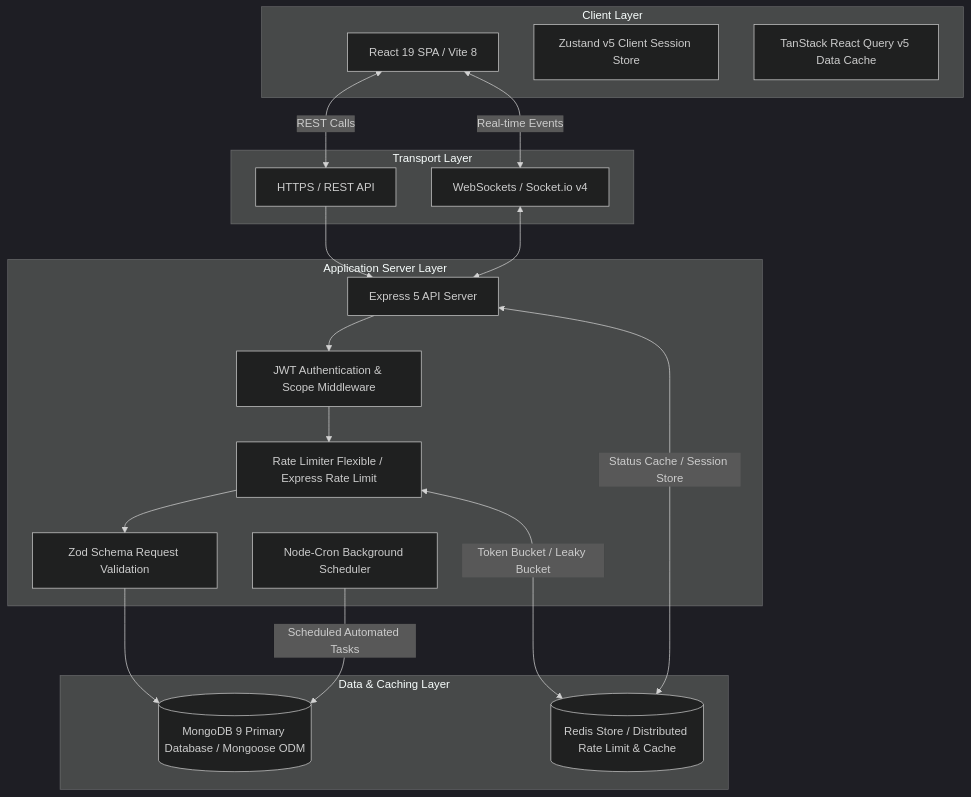
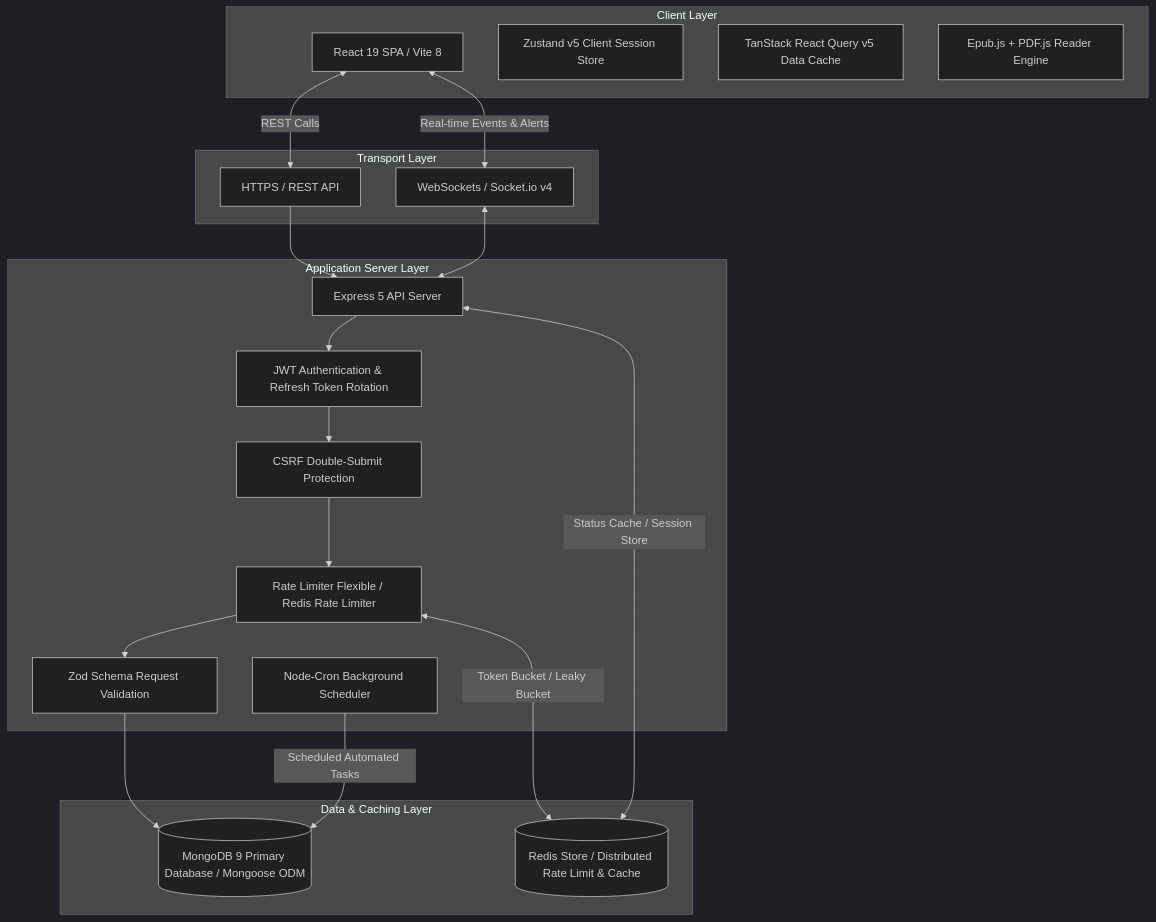
Before and after one commit to Aditya-Naikwadi/bookbuddy: the first of 8 diagrams in README.md, drawn with Mermaid (dark theme). The commit also changed other lines of this file and 103 other files, not shown here.

````diff
--- a/README.md
+++ b/README.md
@@ -66,40 +69,43 @@
 ```mermaid
 graph TD
     subgraph Client Layer
         SPA[React 19 SPA / Vite 8]
         Zustand[Zustand v5 Client Session Store]
         Query[TanStack React Query v5 Data Cache]
+        EpubPDF[Epub.js + PDF.js Reader Engine]
     end
 
     subgraph Transport Layer
         HTTP[HTTPS / REST API]
         WS[WebSockets / Socket.io v4]
     end
 
     subgraph Application Server Layer
         Express[Express 5 API Server]
-        AuthGate[JWT Authentication & Scope Middleware]
-        RateLimit[Rate Limiter Flexible / Express Rate Limit]
+        AuthGate[JWT Authentication & Refresh Token Rotation]
+        CSRFGate[CSRF Double-Submit Protection]
+        RateLimit[Rate Limiter Flexible / Redis Rate Limiter]
         ZodGate[Zod Schema Request Validation]
         CronWorker[Node-Cron Background Scheduler]
     end
 
     subgraph Data & Caching Layer
         Redis[(Redis Store / Distributed Rate Limit & Cache)]
         MongoDB[(MongoDB 9 Primary Database / Mongoose ODM)]
     end
 
     SPA <-->|REST Calls| HTTP
-    SPA <-->|Real-time Events| WS
+    SPA <-->|Real-time Events & Alerts| WS
     HTTP --> Express
     WS <--> Express
 
     Express --> AuthGate
-    AuthGate --> RateLimit
+    AuthGate --> CSRFGate
+    CSRFGate --> RateLimit
     RateLimit --> ZodGate
     ZodGate --> MongoDB
 
     RateLimit <-->|Token Bucket / Leaky Bucket| Redis
     Express <-->|Status Cache / Session Store| Redis
     CronWorker -->|Scheduled Automated Tasks| MongoDB
 ```
````
